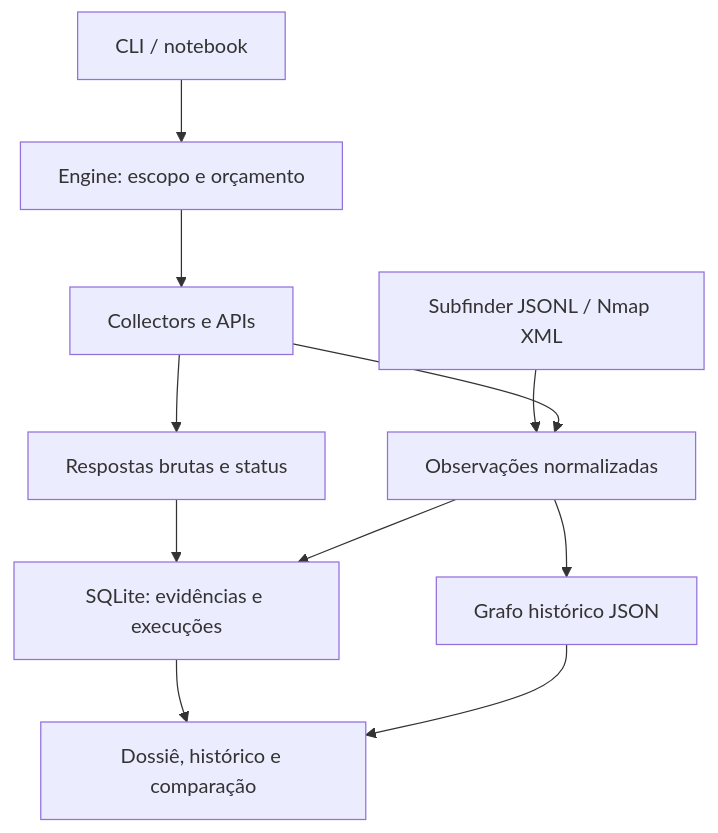
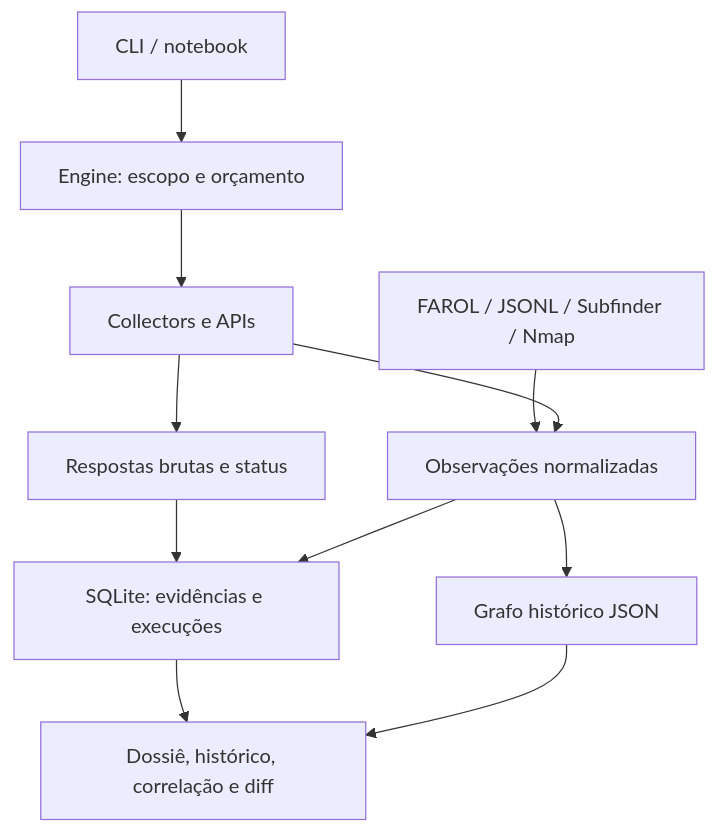
The diagram in README.md (Ridd1kulusC0d3r/VeRTICE), drawn with Mermaid before and after one commit. The commit also changed other lines of this file and 31 other files, not shown here.

````diff
--- a/README.md
+++ b/README.md
@@ -117,13 +153,13 @@
 ```mermaid
 flowchart TD
     CLI["CLI / notebook"] --> Engine["Engine: escopo e orçamento"]
     Engine --> Sources["Collectors e APIs"]
-    Imports["Subfinder JSONL / Nmap XML"] --> Observations["Observações normalizadas"]
+    Imports["FAROL / JSONL / Subfinder / Nmap"] --> Observations["Observações normalizadas"]
     Sources --> Observations
     Sources --> Raw["Respostas brutas e status"]
     Raw --> Ledger["SQLite: evidências e execuções"]
     Observations --> Ledger
     Observations --> Graph["Grafo histórico JSON"]
-    Ledger --> Report["Dossiê, histórico e comparação"]
+    Ledger --> Report["Dossiê, histórico, correlação e diff"]
     Graph --> Report
 ```
````
